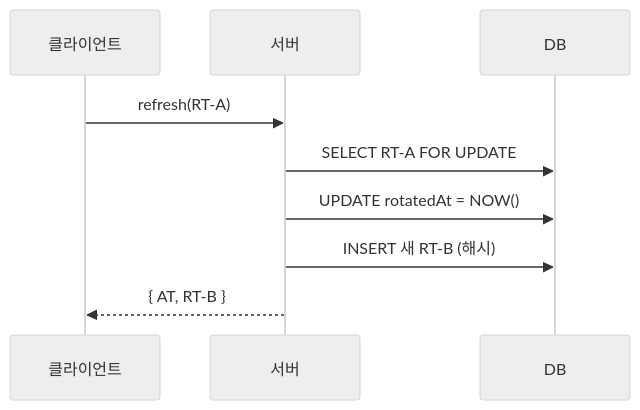
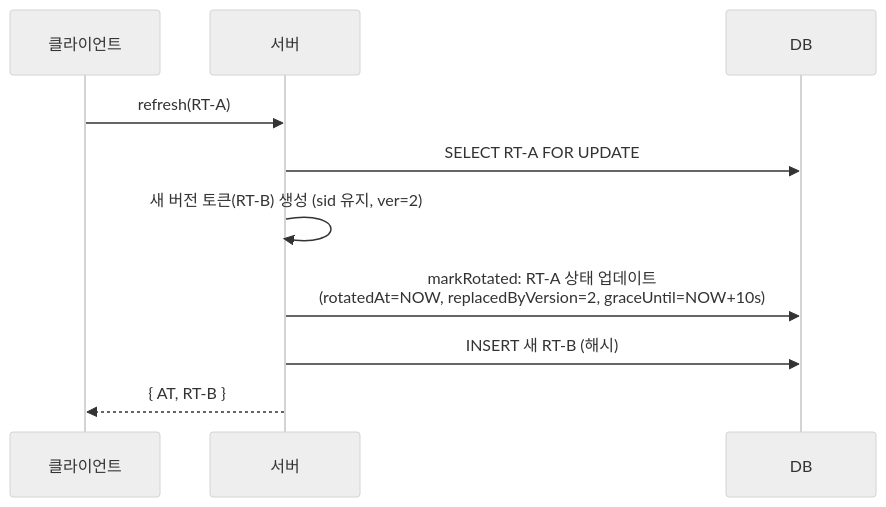
Before and after one commit to jin2304/SearchWeb_Spring: the sixth of 10 diagrams in docs/Backend/02. jwt-oauth2-architecture.md, drawn with Mermaid (neutral theme). The commit also changed other lines of this file and 1 other file, not shown here.

````diff
--- a/docs/Backend/02. jwt-oauth2-architecture.md
+++ b/docs/Backend/02. jwt-oauth2-architecture.md
@@ -294,12 +294,13 @@
 ```mermaid
 sequenceDiagram
     participant C as 클라이언트
     participant S as 서버
     participant DB as DB
 
     C->>S: refresh(RT-A)
     S->>DB: SELECT RT-A FOR UPDATE
-    S->>DB: UPDATE rotatedAt = NOW()
+    S->>S: 새 버전 토큰(RT-B) 생성 (sid 유지, ver=2)
+    S->>DB: markRotated: RT-A 상태 업데이트<br/>(rotatedAt=NOW, replacedByVersion=2, graceUntil=NOW+10s)
     S->>DB: INSERT 새 RT-B (해시)
     S-->>C: { AT, RT-B }
 ```
````
